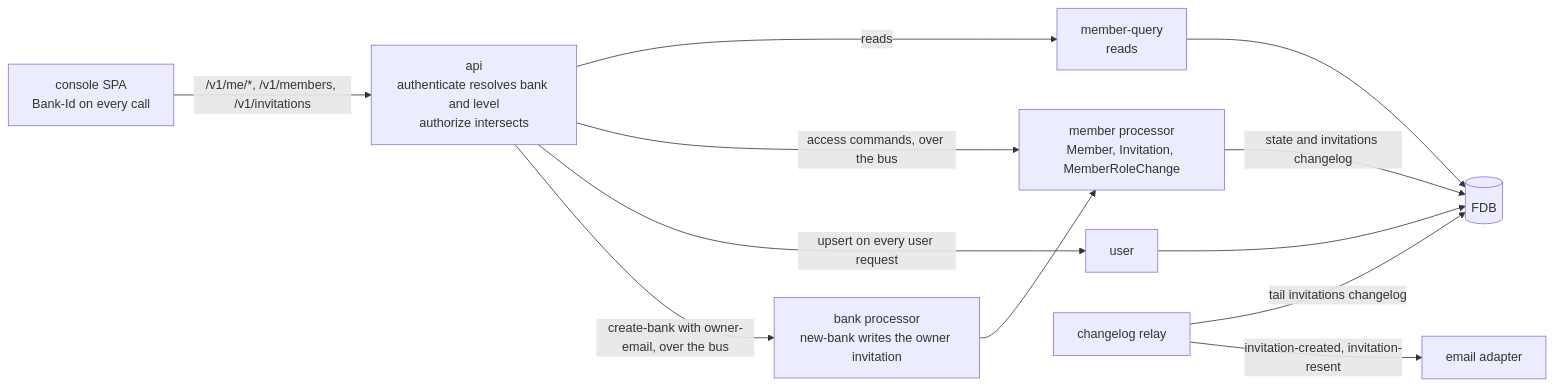
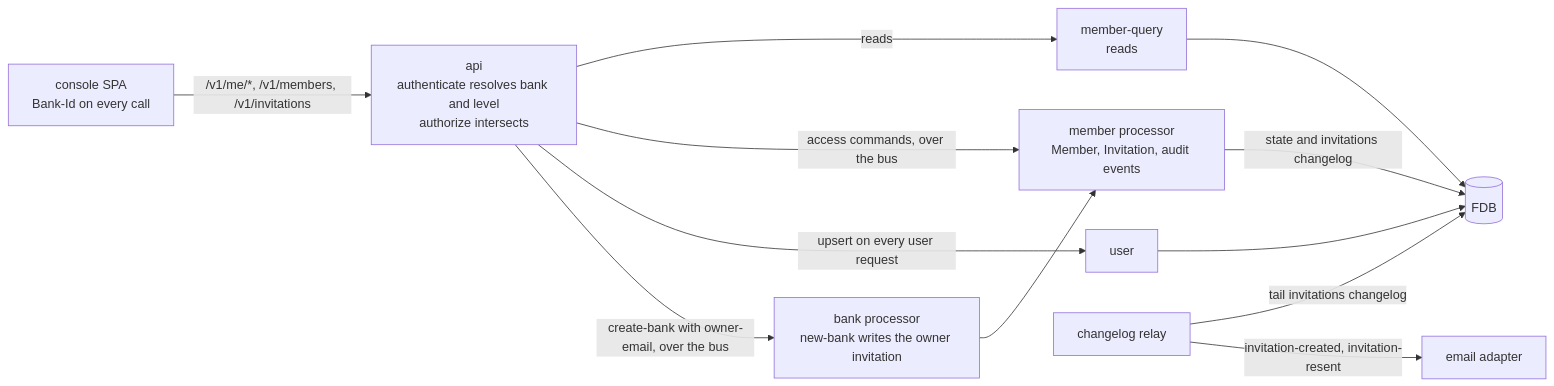
The diagram in docs/tdd/members.md (repldriven/queenswood), drawn with Mermaid before and after one commit. The commit also changed other lines of this file and 54 other files, not shown here.

````diff
--- a/docs/tdd/members.md
+++ b/docs/tdd/members.md
@@ -319,24 +316,24 @@
 ```mermaid
 graph LR
     SPA["console SPA<br/>Bank-Id on every call"]
     API["api<br/>authenticate resolves bank and level<br/>authorize intersects"]
     BQ["member-query<br/>reads"]
-    BM["member processor<br/>Member, Invitation, MemberRoleChange"]
+    BM["member processor<br/>Member, Invitation, audit events"]
     BU["user"]
     BB["bank processor<br/>new-bank writes the owner invitation"]
     RL["changelog relay"]
     EM["email adapter"]
     FDB[("FDB")]
 
     SPA -->|"/v1/me/*, /v1/members, /v1/invitations"| API
     API -->|"reads"| BQ
     API -->|"access commands, over the bus"| BM
     API -->|"upsert on every user request"| BU
     API -->|"create-bank with owner-email, over the bus"| BB
     BB --> BM
     BM -->|"state and invitations changelog"| FDB
     RL -->|"tail invitations changelog"| FDB
     RL -->|"invitation-created, invitation-resent"| EM
     BQ --> FDB
     BU --> FDB
 ```
````
